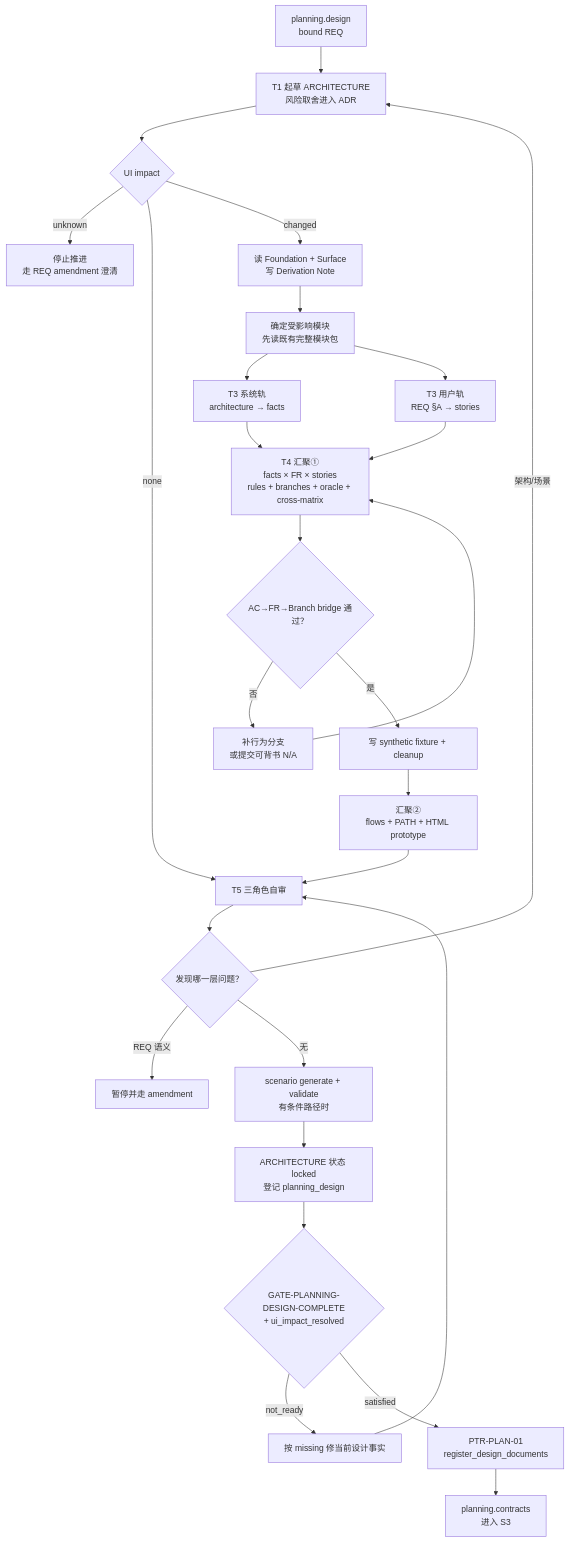
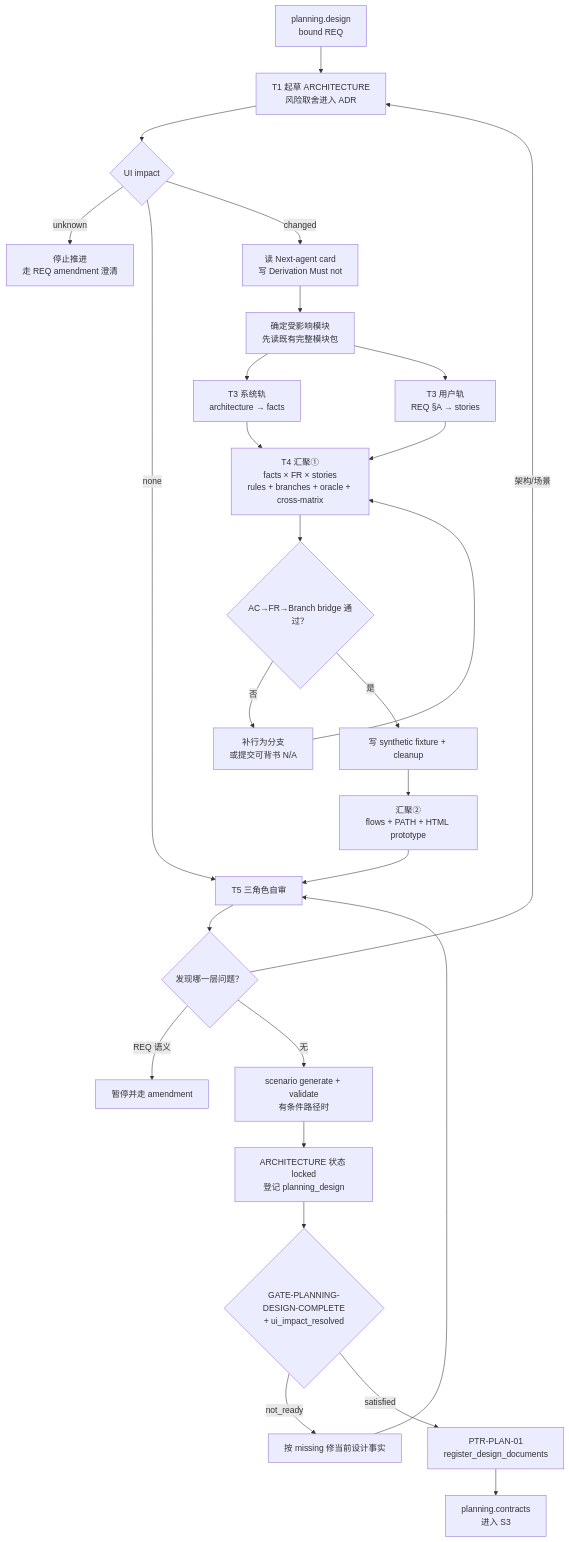
The second of 2 diagrams in blueprint/L3-S2-design.md (entroforge/go-system-builder), drawn with Mermaid before and after one commit. The commit also changed other lines of this file and 89 other files, not shown here.

````diff
--- a/blueprint/L3-S2-design.md
+++ b/blueprint/L3-S2-design.md
@@ -98,31 +98,31 @@
 ```mermaid
 flowchart TD
     IN["planning.design<br/>bound REQ"] --> ARCH["T1 起草 ARCHITECTURE<br/>风险取舍进入 ADR"]
     ARCH --> UI{"UI impact"}
     UI -->|unknown| STOP["停止推进<br/>走 REQ amendment 澄清"]
     UI -->|none| REVIEW["T5 三角色自审"]
-    UI -->|changed| DERIVE["读 Foundation + Surface<br/>写 Derivation Note"]
+    UI -->|changed| DERIVE["读 Next-agent card<br/>写 Derivation Must not"]
     DERIVE --> MODULES["确定受影响模块<br/>先读既有完整模块包"]
 
     MODULES --> SYS["T3 系统轨<br/>architecture → facts"]
     MODULES --> USER["T3 用户轨<br/>REQ §A → stories"]
     SYS --> CONV1["T4 汇聚①<br/>facts × FR × stories<br/>rules + branches + oracle + cross-matrix"]
     USER --> CONV1
     CONV1 --> BRIDGE{"AC→FR→Branch bridge 通过？"}
     BRIDGE -->|否| FIX1["补行为分支<br/>或提交可背书 N/A"]
     FIX1 --> CONV1
     BRIDGE -->|是| FIXTURE["写 synthetic fixture + cleanup"]
     FIXTURE --> CONV2["汇聚②<br/>flows + PATH + HTML prototype"]
     CONV2 --> REVIEW
 
     REVIEW --> DEFECT{"发现哪一层问题？"}
     DEFECT -->|REQ 语义| PAUSE["暂停并走 amendment"]
     DEFECT -->|架构/场景| ARCH
     DEFECT -->|无| GEN["scenario generate + validate<br/>有条件路径时"]
     GEN --> LOCK["ARCHITECTURE 状态 locked<br/>登记 planning_design"]
     LOCK --> GATE{"GATE-PLANNING-DESIGN-COMPLETE<br/>+ ui_impact_resolved"}
     GATE -->|not_ready| REPAIR["按 missing 修当前设计事实"]
     REPAIR --> REVIEW
     GATE -->|satisfied| PTR["PTR-PLAN-01<br/>register_design_documents"]
     PTR --> S3["planning.contracts<br/>进入 S3"]
 ```
````
